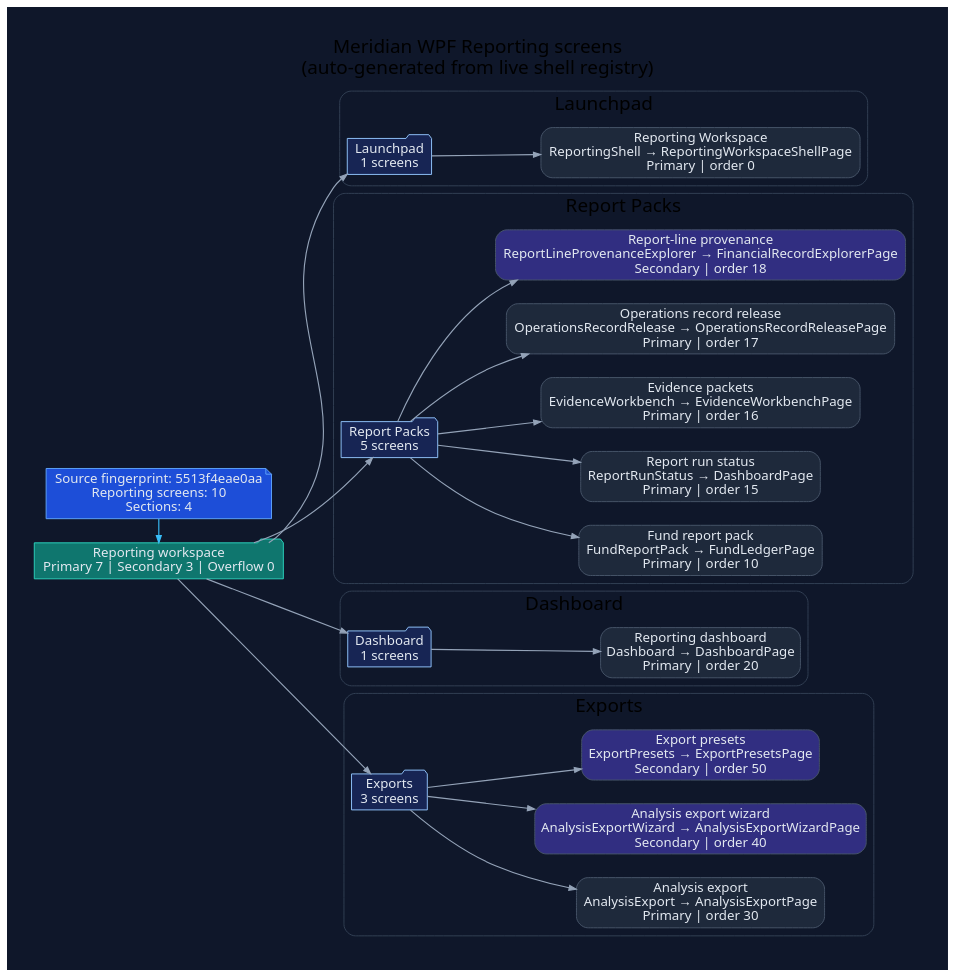
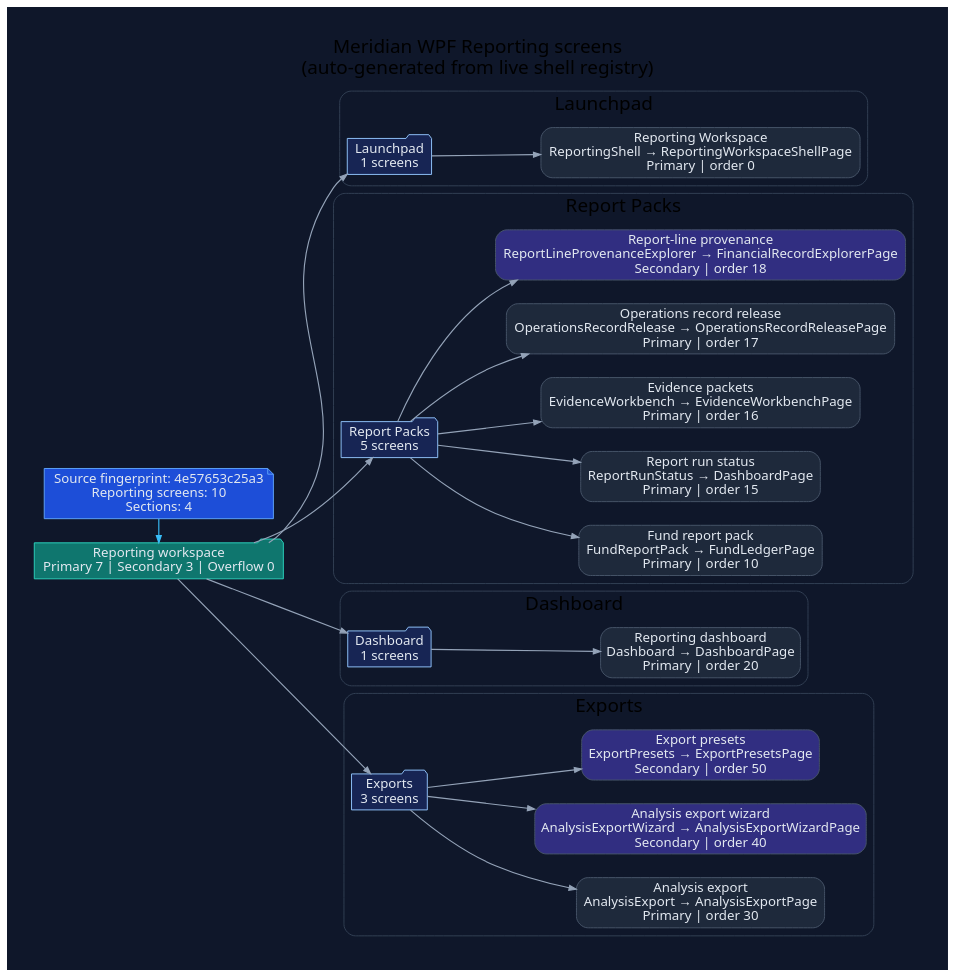
The diagram in docs/diagrams/ui-wpf-screens-reporting.dot (rodoHasArrived/Meridian-main), drawn with Graphviz before and after one commit. The commit also changed 107 other files, not shown here.

First line of the commit message:
docs(generated): refresh references, diagrams and coverage after merging the base

```diff
--- a/docs/diagrams/ui-wpf-screens-reporting.dot
+++ b/docs/diagrams/ui-wpf-screens-reporting.dot
@@ -1,78 +1,78 @@
 // -----------------------------------------------------------------------------
 // <auto-generated>
 // Generated by scripts/generate-diagrams.mjs.
 // Do not edit this file directly; update the WPF source files instead.
 // -----------------------------------------------------------------------------
 digraph WpfReportingScreens {
   graph [
     rankdir=LR,
     labelloc=t,
     label="Meridian WPF Reporting screens\n(auto-generated from live shell registry)",
     fontname="Segoe UI",
     fontsize=20,
     pad=0.4,
     nodesep=0.35,
     ranksep=0.85,
     bgcolor="#0f172a"
   ];
   node [fontname="Segoe UI", shape=box, style="rounded,filled", color="#475569", fontcolor="#e2e8f0", fillcolor="#1e293b"];
   edge [fontname="Segoe UI", color="#94a3b8", penwidth=1.2, arrowsize=0.75];
 
-  generated [shape=note, fillcolor="#1d4ed8", color="#60a5fa", label="Source fingerprint: 5513f4eae0aa\nReporting screens: 10\nSections: 4"];
+  generated [shape=note, fillcolor="#1d4ed8", color="#60a5fa", label="Source fingerprint: 4e57653c25a3\nReporting screens: 10\nSections: 4"];
   workspace [shape=folder, fillcolor="#0f766e", color="#2dd4bf", label="Reporting workspace\nPrimary 7 | Secondary 3 | Overflow 0"];
   generated -> workspace [color="#38bdf8"];
 
   subgraph cluster_section_1 {
     label="Launchpad";
     color="#334155";
     style="rounded";
     section_1 [shape=folder, fillcolor="#172554", color="#93c5fd", label="Launchpad\n1 screens"];
     workspace -> section_1;
     screen_ReportingShell [fillcolor="#1e293b", label="Reporting Workspace\nReportingShell → ReportingWorkspaceShellPage\nPrimary | order 0"];
     section_1 -> screen_ReportingShell;
   }
 
   subgraph cluster_section_2 {
     label="Report Packs";
     color="#334155";
     style="rounded";
     section_2 [shape=folder, fillcolor="#172554", color="#93c5fd", label="Report Packs\n5 screens"];
     workspace -> section_2;
     screen_FundReportPack [fillcolor="#1e293b", label="Fund report pack\nFundReportPack → FundLedgerPage\nPrimary | order 10"];
     section_2 -> screen_FundReportPack;
     screen_ReportRunStatus [fillcolor="#1e293b", label="Report run status\nReportRunStatus → DashboardPage\nPrimary | order 15"];
     section_2 -> screen_ReportRunStatus;
     screen_EvidenceWorkbench [fillcolor="#1e293b", label="Evidence packets\nEvidenceWorkbench → EvidenceWorkbenchPage\nPrimary | order 16"];
     section_2 -> screen_EvidenceWorkbench;
     screen_OperationsRecordRelease [fillcolor="#1e293b", label="Operations record release\nOperationsRecordRelease → OperationsRecordReleasePage\nPrimary | order 17"];
     section_2 -> screen_OperationsRecordRelease;
     screen_ReportLineProvenanceExplorer [fillcolor="#312e81", label="Report-line provenance\nReportLineProvenanceExplorer → FinancialRecordExplorerPage\nSecondary | order 18"];
     section_2 -> screen_ReportLineProvenanceExplorer;
   }
 
   subgraph cluster_section_3 {
     label="Dashboard";
     color="#334155";
     style="rounded";
     section_3 [shape=folder, fillcolor="#172554", color="#93c5fd", label="Dashboard\n1 screens"];
     workspace -> section_3;
     screen_Dashboard [fillcolor="#1e293b", label="Reporting dashboard\nDashboard → DashboardPage\nPrimary | order 20"];
     section_3 -> screen_Dashboard;
   }
 
   subgraph cluster_section_4 {
     label="Exports";
     color="#334155";
     style="rounded";
     section_4 [shape=folder, fillcolor="#172554", color="#93c5fd", label="Exports\n3 screens"];
     workspace -> section_4;
     screen_AnalysisExport [fillcolor="#1e293b", label="Analysis export\nAnalysisExport → AnalysisExportPage\nPrimary | order 30"];
     section_4 -> screen_AnalysisExport;
     screen_AnalysisExportWizard [fillcolor="#312e81", label="Analysis export wizard\nAnalysisExportWizard → AnalysisExportWizardPage\nSecondary | order 40"];
     section_4 -> screen_AnalysisExportWizard;
     screen_ExportPresets [fillcolor="#312e81", label="Export presets\nExportPresets → ExportPresetsPage\nSecondary | order 50"];
     section_4 -> screen_ExportPresets;
   }
 
   { rank=min; generated; workspace; }
 }
```
